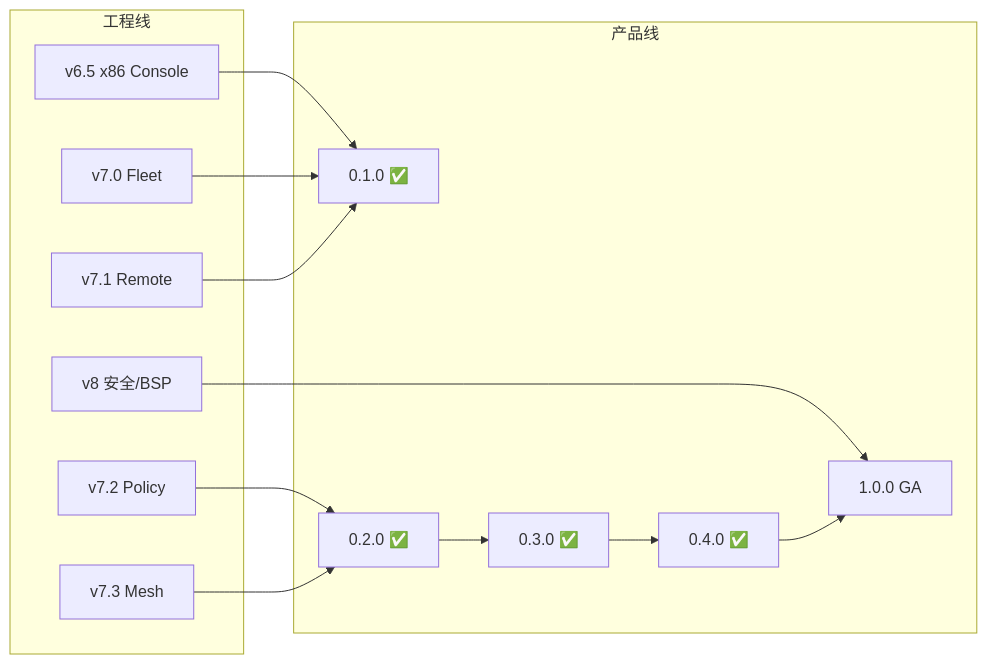
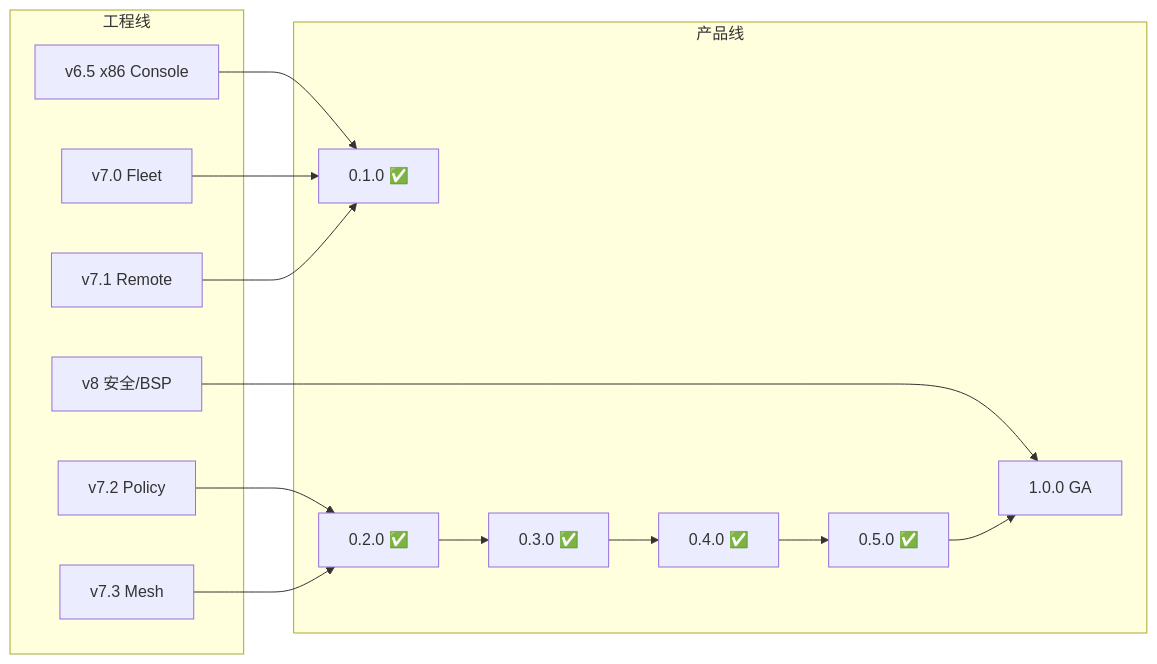
One commit to William2333ZZ/OpenAgentOS changed the diagram in docs/PRODUCT_ROADMAP.md. Above: the diagram before and after it, drawn with Mermaid. The commit also changed other lines of this file and 9 other files, not shown here.

````diff
--- a/docs/PRODUCT_ROADMAP.md
+++ b/docs/PRODUCT_ROADMAP.md
@@ -16,25 +16,26 @@
 ```mermaid
 flowchart LR
   subgraph eng [工程线]
     v65[v6.5 x86 Console]
     v70[v7.0 Fleet]
     v71[v7.1 Remote]
     v72[v7.2 Policy]
     v73[v7.3 Mesh]
     v80[v8 安全/BSP]
   end
   subgraph prod [产品线]
     b01[0.1.0 ✅]
     rc02[0.2.0 ✅]
     rc03[0.3.0 ✅]
     rc04[0.4.0 ✅]
+    rc05[0.5.0 ✅]
     ga10[1.0.0 GA]
   end
   v65 --> b01
   v70 --> b01
   v71 --> b01
   v72 --> rc02
   v73 --> rc02
   v80 --> ga10
-  rc02 --> rc03 --> rc04 --> ga10
+  rc02 --> rc03 --> rc04 --> rc05 --> ga10
 ```
````
